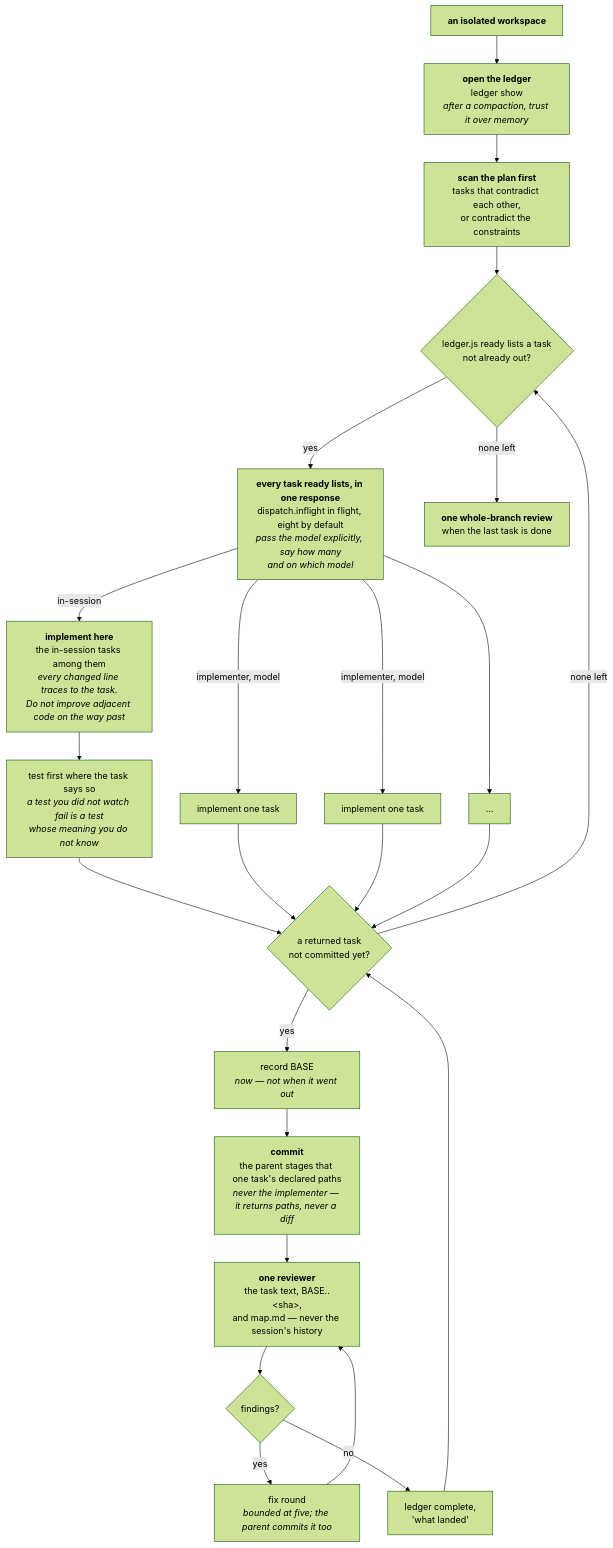
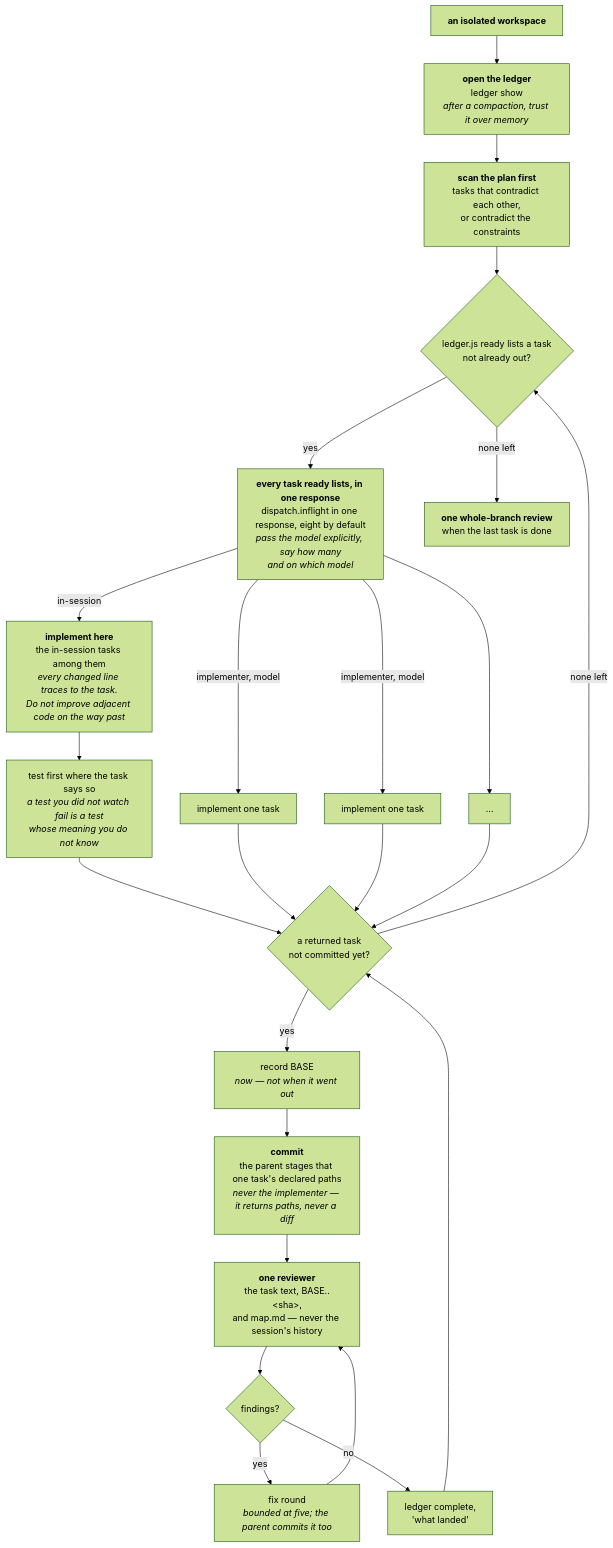
The fourth of 8 diagrams in docs/02-architecture/pipeline.md (FanFantom9452/FanKeel), drawn with Mermaid (forest theme) before and after one commit. The commit also changed 3 other files, not shown here.

First line of the commit message:
docs: dispatch.inflight means how many go out in one response

````diff
--- a/docs/02-architecture/pipeline.md
+++ b/docs/02-architecture/pipeline.md
@@ -581,43 +581,43 @@
 ```mermaid
 flowchart TD
     S1["<b>an isolated workspace</b>"]
     S2["<b>open the ledger</b><br/>ledger show<br/><i>after a compaction, trust it over memory</i>"]
     S3["<b>scan the plan first</b><br/>tasks that contradict each other,<br/>or contradict the constraints"]
     L{"ledger.js ready lists a task<br/>not already out?"}
-    D["<b>every task ready lists, in one response</b><br/>dispatch.inflight in flight, eight by default<br/><i>pass the model explicitly, say how many<br/>and on which model</i>"]
+    D["<b>every task ready lists, in one response</b><br/>dispatch.inflight in one response, eight by default<br/><i>pass the model explicitly, say how many<br/>and on which model</i>"]
     T2a["<b>implement here</b><br/>the in-session tasks among them<br/><i>every changed line traces to the task.<br/>Do not improve adjacent code on the way past</i>"]
     T2b1["implement one task"]
     T2b2["implement one task"]
     T2b3["…"]
     T3["test first where the task says so<br/><i>a test you did not watch fail is a test<br/>whose meaning you do not know</i>"]
     E{"a returned task<br/>not committed yet?"}
     T1["record BASE<br/><i>now — not when it went out</i>"]
     T4["<b>commit</b><br/>the parent stages that one task's declared paths<br/><i>never the implementer — it returns paths, never a diff</i>"]
     T5["<b>one reviewer</b><br/>the task text, BASE..&lt;sha&gt;,<br/>and map.md — never the session's history"]
     T6{"findings?"}
     T7["fix round<br/><i>bounded at five; the parent commits it too</i>"]
     T8["ledger complete,<br/>'what landed'"]
     R["<b>one whole-branch review</b><br/>when the last task is done"]
 
     S1 --> S2 --> S3 --> L
     L -- yes --> D
     D -- "in-session" --> T2a
     D -- "implementer, model" --> T2b1
     D -- "implementer, model" --> T2b2
     D --> T2b3
     T2a --> T3
     T3 --> E
     T2b1 --> E
     T2b2 --> E
     T2b3 --> E
     E -- yes --> T1
     T1 --> T4
     T4 --> T5
     T5 --> T6
     T6 -- yes --> T7
     T7 --> T5
     T6 -- no --> T8
     T8 --> E
     E -- "none left" --> L
     L -- "none left" --> R
 ```
````
